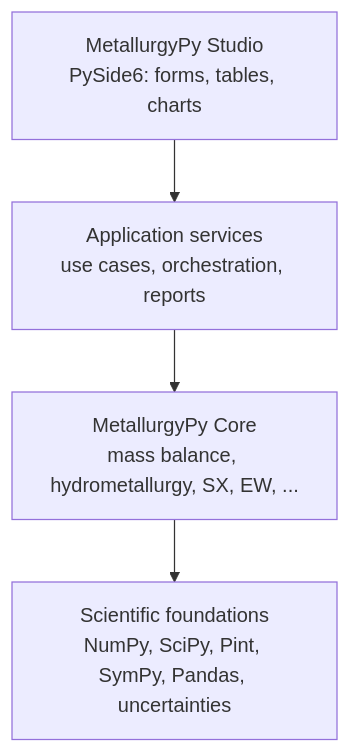
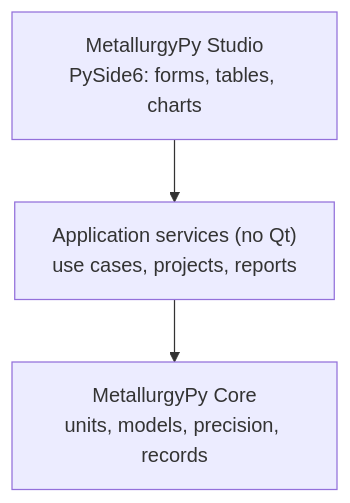
Before and after one commit to Mudiambat13/MetallurgyPy: the diagram in docs/architecture.md, drawn with Mermaid. The commit also changed other lines of this file and 26 other files, not shown here.

````diff
--- a/docs/architecture.md
+++ b/docs/architecture.md
@@ -5,8 +5,7 @@
 ```mermaid
 flowchart TB
     studio["MetallurgyPy Studio<br/>PySide6: forms, tables, charts"]
-    services["Application services<br/>use cases, orchestration, reports"]
-    core["MetallurgyPy Core<br/>mass balance, hydrometallurgy, SX, EW, ..."]
-    found["Scientific foundations<br/>NumPy, SciPy, Pint, SymPy, Pandas, uncertainties"]
-    studio --> services --> core --> found
+    services["Application services (no Qt)<br/>use cases, projects, reports"]
+    core["MetallurgyPy Core<br/>units, models, precision, records"]
+    studio --> services --> core
 ```
````
